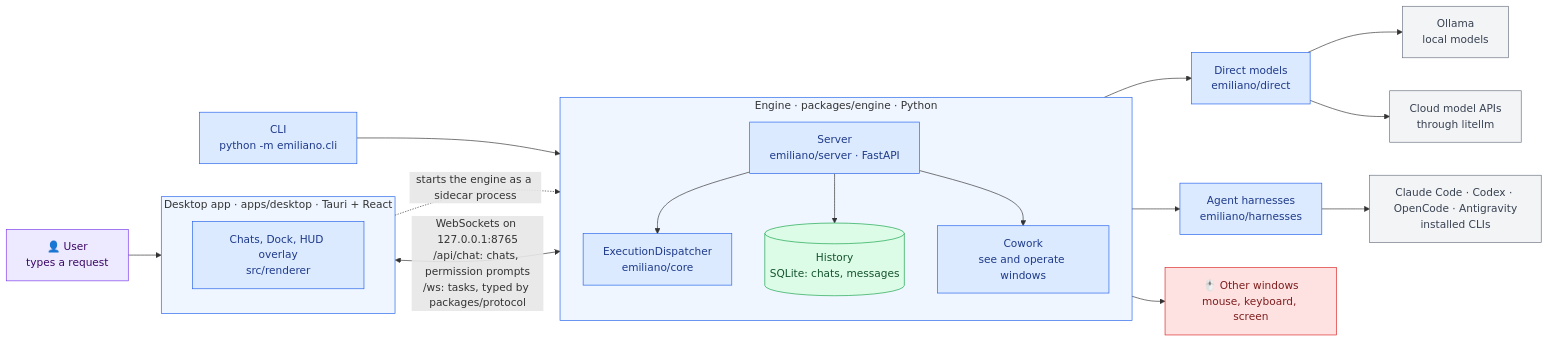
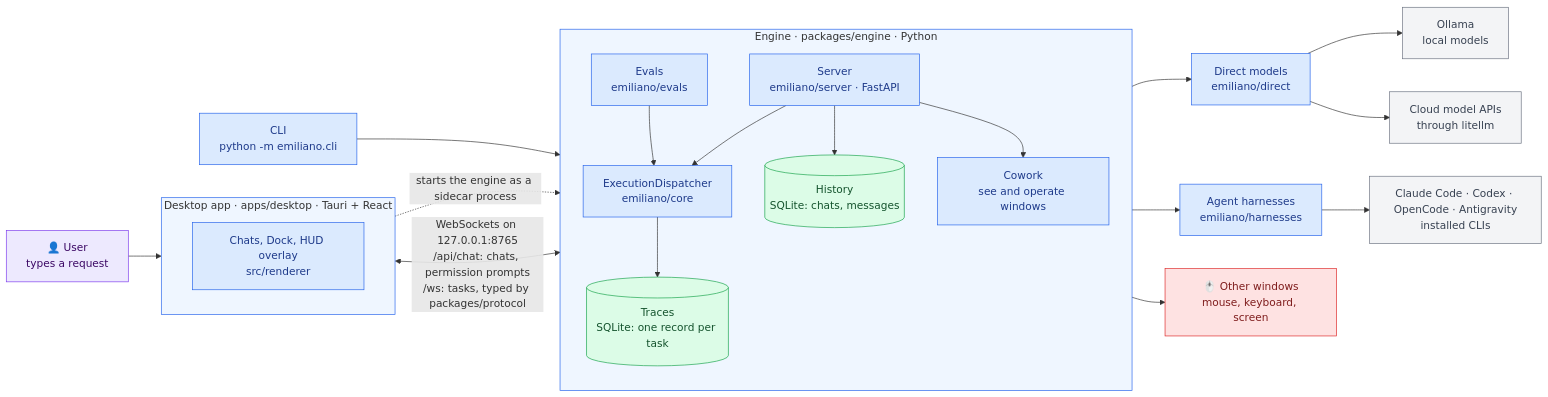
One commit to luisenriquecgongora/emiliano changed the first of 6 diagrams in docs/ARCHITECTURE.md. Above: the diagram before and after it, drawn with Mermaid. The commit also changed other lines of this file and 2 other files, not shown here.

Commit message:
docs: map traces and evals, record first baselines

````diff
--- a/docs/ARCHITECTURE.md
+++ b/docs/ARCHITECTURE.md
@@ -24,40 +24,44 @@
 ```mermaid
 flowchart LR
     user["👤 User<br/>types a request"] --> desktop
     subgraph desktop["Desktop app · apps/desktop · Tauri + React"]
         direction TB
         ui["Chats, Dock, HUD overlay<br/>src/renderer"]
     end
     desktop -.->|starts the engine as a sidecar process| engine
     desktop <-->|"WebSockets on 127.0.0.1:8765<br/>/api/chat: chats, permission prompts<br/>/ws: tasks, typed by packages/protocol"| server
     subgraph engine["Engine · packages/engine · Python"]
         direction TB
         server["Server<br/>emiliano/server · FastAPI"]
         disp["ExecutionDispatcher<br/>emiliano/core"]
         hist[("History<br/>SQLite: chats, messages")]
+        traces[("Traces<br/>SQLite: one record per task")]
         cowork["Cowork<br/>see and operate windows"]
+        evals["Evals<br/>emiliano/evals"]
         server --> disp
         server --> hist
         server --> cowork
+        disp --> traces
+        evals --> disp
     end
     disp --> direct["Direct models<br/>emiliano/direct"]
     disp --> harn["Agent harnesses<br/>emiliano/harnesses"]
     direct --> ollama["Ollama<br/>local models"]
     direct --> apis["Cloud model APIs<br/>through litellm"]
     harn --> agents["Claude Code · Codex · OpenCode · Antigravity<br/>installed CLIs"]
     cowork --> screen["🖱️ Other windows<br/>mouse, keyboard, screen"]
     cli["CLI<br/>python -m emiliano.cli"] --> disp
 
     classDef input fill:#ede9fe,stroke:#7c3aed,color:#3b0764
     classDef ours fill:#dbeafe,stroke:#2563eb,color:#1e3a8a
     classDef output fill:#dcfce7,stroke:#16a34a,color:#14532d
     classDef external fill:#f3f4f6,stroke:#6b7280,color:#374151
     classDef risk fill:#fee2e2,stroke:#dc2626,color:#7f1d1d
     class user input
-    class ui,server,disp,cowork,direct,harn,cli ours
-    class hist output
+    class ui,server,disp,cowork,direct,harn,cli,evals ours
+    class hist,traces output
     class ollama,apis,agents external
     class screen risk
     style desktop fill:#eff6ff,stroke:#2563eb
     style engine fill:#eff6ff,stroke:#2563eb
 ```
````
